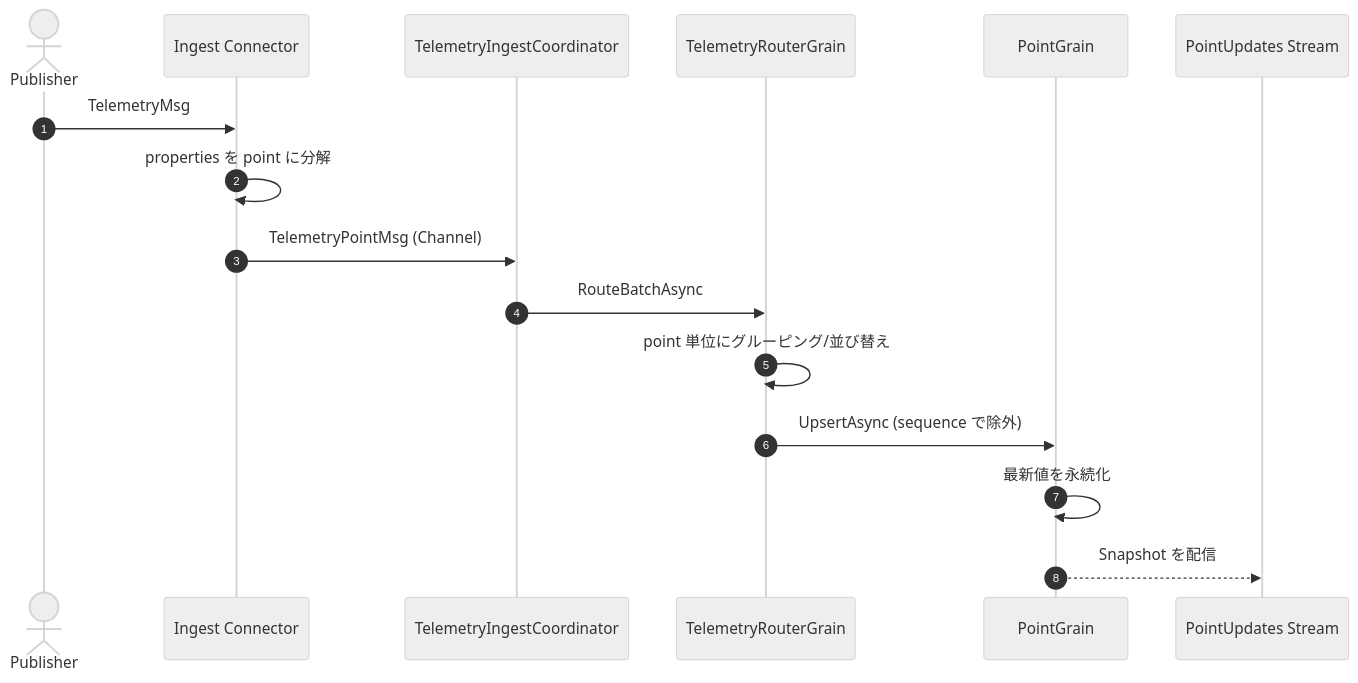
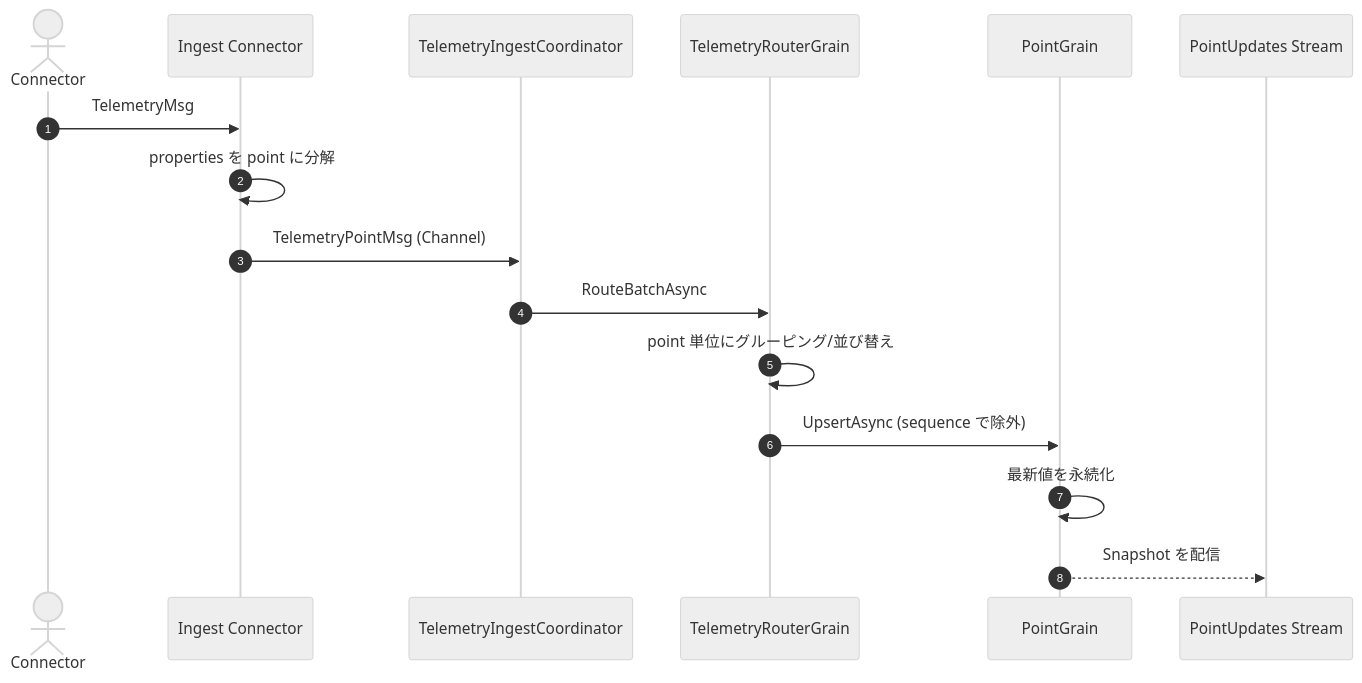
Before and after one commit to takashikasuya/orleans-telemetry-sample: the first of 3 diagrams in docs/telemetry-routing-binding.md, drawn with Mermaid (neutral theme). The commit also changed other lines of this file and 18 other files, not shown here.

Commit message:
Rename Publisher to Connector

````diff
--- a/docs/telemetry-routing-binding.md
+++ b/docs/telemetry-routing-binding.md
@@ -28,19 +28,19 @@
 ```mermaid
 sequenceDiagram
     autonumber
-    actor Pub as Publisher
+    actor Pub as Connector
     participant Conn as Ingest Connector
     participant Coord as TelemetryIngestCoordinator
     participant Router as TelemetryRouterGrain
     participant Point as PointGrain
     participant Stream as PointUpdates Stream
 
     Pub->>Conn: TelemetryMsg
     Conn->>Conn: properties を point に分解
     Conn->>Coord: TelemetryPointMsg (Channel)
     Coord->>Router: RouteBatchAsync
     Router->>Router: point 単位にグルーピング/並び替え
     Router->>Point: UpsertAsync (sequence で除外)
     Point->>Point: 最新値を永続化
     Point-->>Stream: Snapshot を配信
 ```
````
